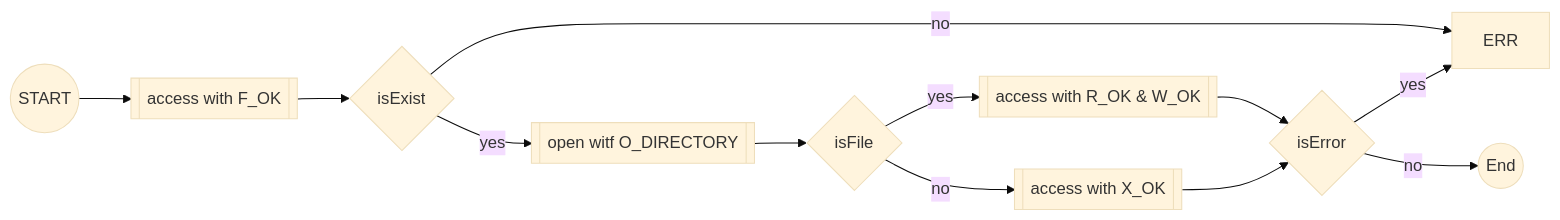
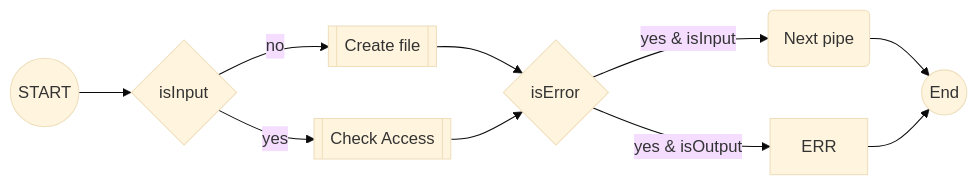
The first of 2 diagrams in README.md (BarrierAntho/42_pipex), drawn with Mermaid (base theme) before and after one commit. The commit also changed other lines of this file, not shown here.

````diff
--- a/README.md
+++ b/README.md
@@ -78,22 +70,20 @@
 ```mermaid
 flowchart LR
     START((START))
     END((End))
+    NEXT(Next pipe)
+    ERR
+    IsInput{isInput}
     IsError{isError}
-    IsExist{isExist}
-    IsFile{isFile}
-    open[[open witf O_DIRECTORY]]
-    AccessExist[[access with F_OK]]
-    AccessFile[[access with R_OK & W_OK]]
-    AccessDir[[access with X_OK]]
-    START --> AccessExist
-    AccessExist --> IsExist
-    IsExist --> |no| ERR
-    IsExist --> |yes|open
-    open --> IsFile
-    IsFile --> |no| AccessDir
-    IsFile --> |yes| AccessFile
-    AccessFile & AccessDir --> IsError
-    IsError --> |no| END
-    IsError --> |yes| ERR
+    CreateFile[[Create file]]
+    CheckAccess[[Check Access]]
+    
+    START --> IsInput
+    IsInput --> |no| CreateFile
+    IsInput --> |yes| CheckAccess
+    CreateFile --> IsError
+    CheckAccess --> IsError
+    IsError --> |yes & isOutput| ERR
+    IsError --> |yes & isInput| NEXT
+    NEXT & ERR --> END
 ```
````
